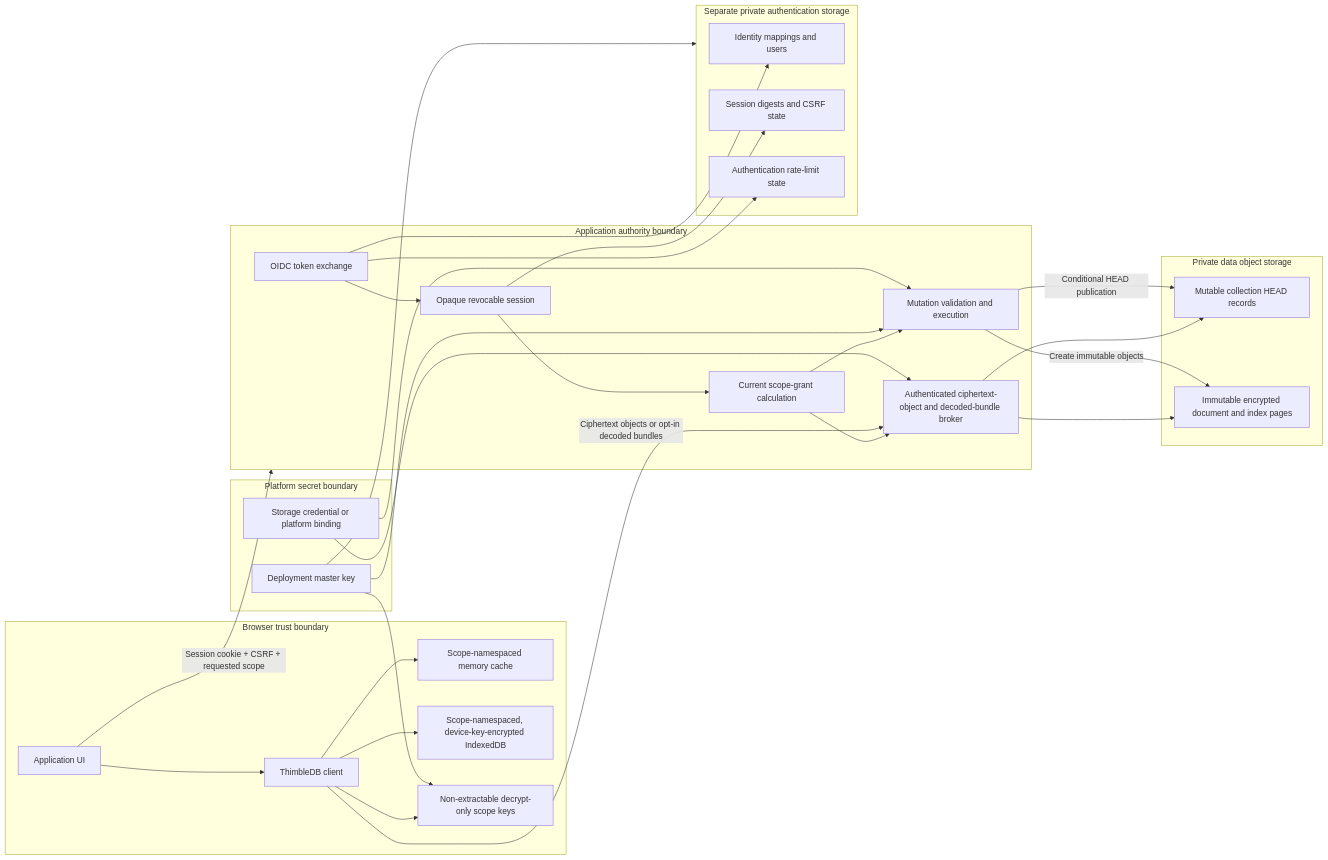
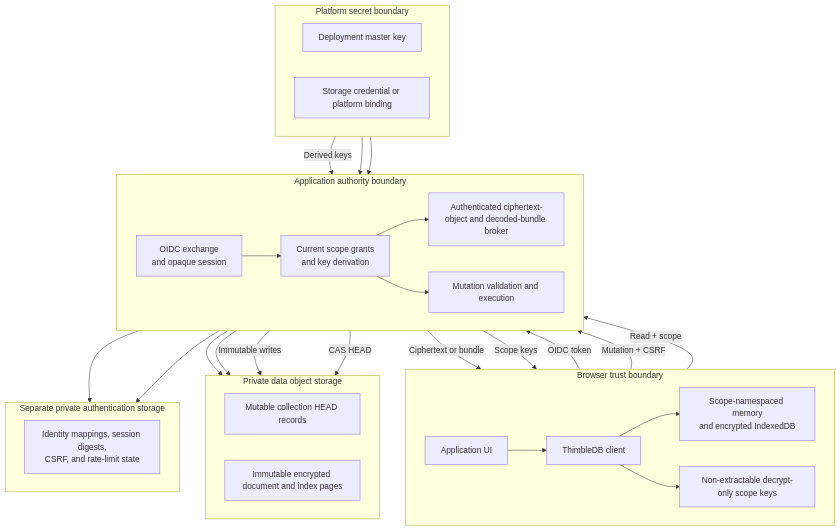
Before and after one commit to Jason-Doyle/thimble: the first of 16 diagrams in docs/DIAGRAMS.md, drawn with Mermaid. The commit also changed other lines of this file and 10 other files, not shown here.

First line of the commit message:
Correct system diagrams

````diff
--- a/docs/DIAGRAMS.md
+++ b/docs/DIAGRAMS.md
@@ -8,59 +8,58 @@
 ```mermaid
-flowchart LR
+flowchart TB
   subgraph Browser["Browser trust boundary"]
+    direction LR
     UI["Application UI"]
     Client["ThimbleDB client"]
-    Memory["Scope-namespaced memory cache"]
-    IDB["Scope-namespaced, device-key-encrypted IndexedDB"]
+    Cache["Scope-namespaced memory<br/>and encrypted IndexedDB"]
     ReadKeys["Non-extractable decrypt-only scope keys"]
 
     UI --> Client
-    Client --> Memory
-    Client --> IDB
+    Client --> Cache
     Client --> ReadKeys
   end
 
   subgraph Authority["Application authority boundary"]
-    Exchange["OIDC token exchange"]
-    Session["Opaque revocable session"]
-    Authorizer["Current scope-grant calculation"]
+    direction LR
+    Identity["OIDC exchange<br/>and opaque session"]
+    Access["Current scope grants<br/>and key derivation"]
     Broker["Authenticated ciphertext-object and decoded-bundle broker"]
     Mutation["Mutation validation and execution"]
 
-    Exchange --> Session
-    Session --> Authorizer
-    Authorizer --> Broker
-    Authorizer --> Mutation
+    Identity --> Access
+    Access --> Broker
+    Access --> Mutation
   end
 
   subgraph DataStore["Private data object storage"]
+    direction LR
     Heads["Mutable collection HEAD records"]
     Pages["Immutable encrypted document and index pages"]
   end
 
   subgraph AuthStore["Separate private authentication storage"]
-    Identities["Identity mappings and users"]
-    Sessions["Session digests and CSRF state"]
-    Limits["Authentication rate-limit state"]
+    direction LR
+    AuthRecords["Identity mappings, session digests,<br/>CSRF, and rate-limit state"]
   end
 
   subgraph Platform["Platform secret boundary"]
+    direction LR
     Master["Deployment master key"]
     Provider["Storage credential or platform binding"]
   end
 
-  UI -- "Session cookie + CSRF + requested scope" --> Authority
-  Client -- "Ciphertext objects or opt-in decoded bundles" --> Broker
+  UI -- "OIDC token" --> Identity
+  Client -- "Mutation + CSRF" --> Mutation
+  Client -- "Read + scope" --> Broker
+  Broker -- "Ciphertext or bundle" --> Client
+  Access -- "Scope keys" --> ReadKeys
   Broker --> Heads
   Broker --> Pages
-  Mutation -- "Create immutable objects" --> Pages
-  Mutation -- "Conditional HEAD publication" --> Heads
-  Exchange --> Identities
-  Session --> Sessions
-  Exchange --> Limits
-  Master --> Mutation
-  Master --> ReadKeys
-  Master --> AuthStore
+  Mutation -- "Immutable writes" --> Pages
+  Mutation -- "CAS HEAD" --> Heads
+  Identity --> AuthRecords
+  Master -- "Derived keys" --> Access
+  Access --> AuthRecords
   Provider --> Broker
   Provider --> Mutation
 ```
````
